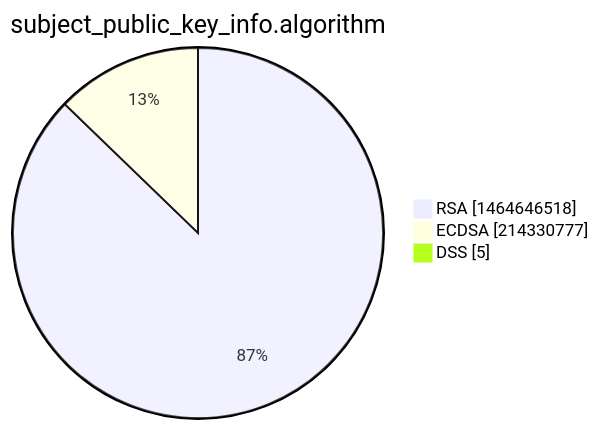
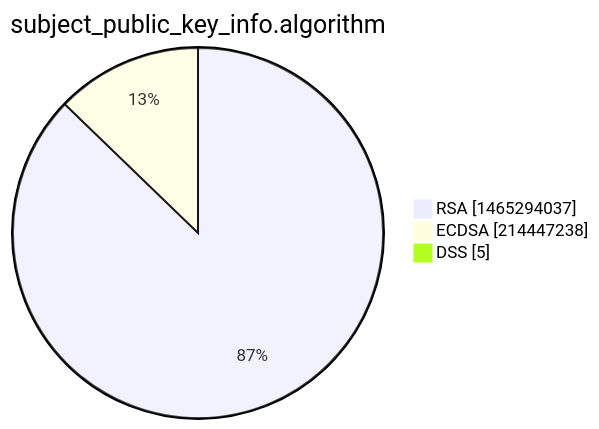
The third of 15 diagrams in xenon2022/README.md (christiankrug/ctmonitor_visualization), drawn with Mermaid before and after one commit. The commit also changed other lines of this file, not shown here.

````diff
--- a/xenon2022/README.md
+++ b/xenon2022/README.md
@@ -14,7 +14,7 @@
 ```mermaid
 pie showData
 title subject_public_key_info.algorithm
-"RSA" :1464646518
-"ECDSA" :214330777
+"RSA" :1465294037
+"ECDSA" :214447238
 "DSS" :5
 ```
````
